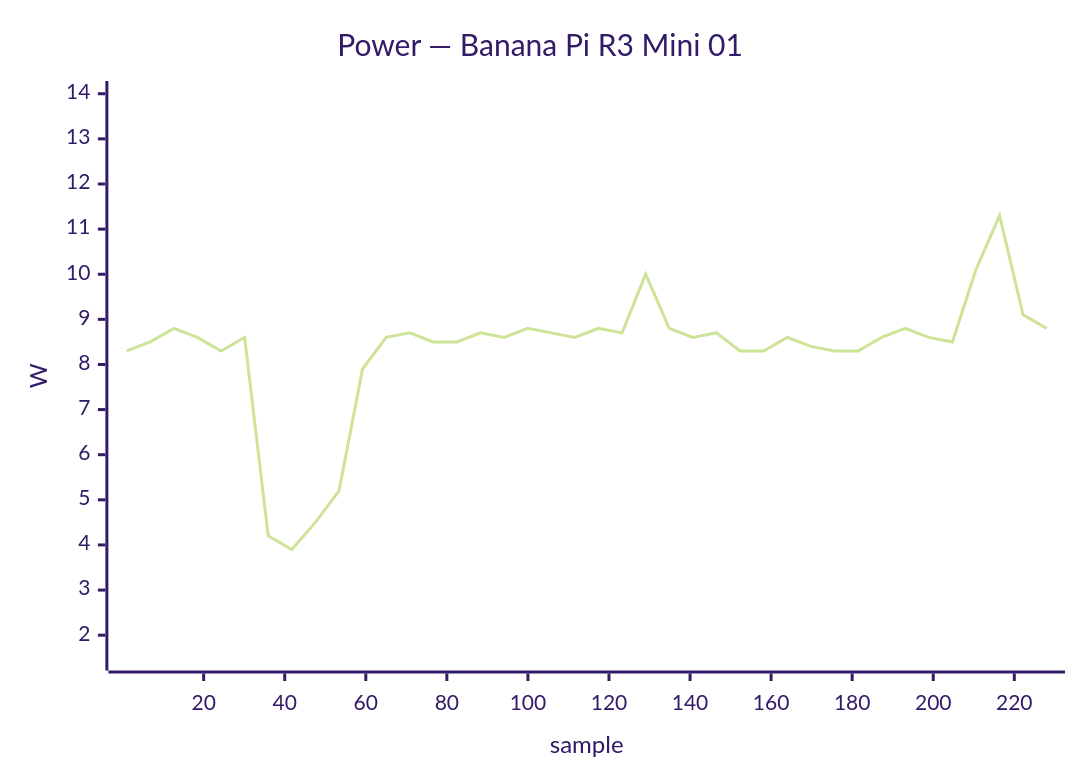
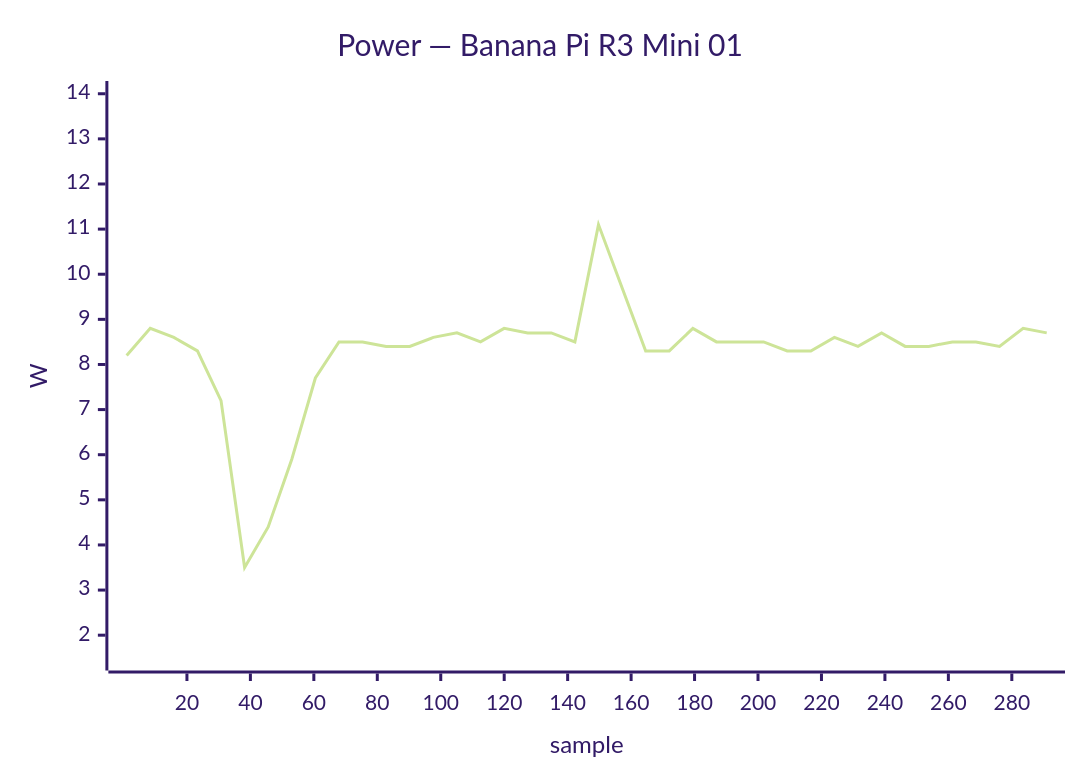
One commit to armbian/documentation changed diagram 14 of 40 in docs/status/board-tests.md. Above: the diagram before and after it, drawn with Mermaid (forest theme). The commit also changed other lines of this file, not shown here.

````diff
--- a/docs/status/board-tests.md
+++ b/docs/status/board-tests.md
@@ -377,7 +594,7 @@
 ```mermaid
 xychart-beta
     title "Power — Banana Pi R3 Mini 01"
-    x-axis "sample" 1 --> 228
+    x-axis "sample" 1 --> 291
     y-axis "W" 1.5 --> 14.0
-    line [8.3, 8.5, 8.8, 8.6, 8.3, 8.6, 4.2, 3.9, 4.5, 5.2, 7.9, 8.6, 8.7, 8.5, 8.5, 8.7, 8.6, 8.8, 8.7, 8.6, 8.8, 8.7, 10.0, 8.8, 8.6, 8.7, 8.3, 8.3, 8.6, 8.4, 8.3, 8.3, 8.6, 8.8, 8.6, 8.5, 10.1, 11.3, 9.1, 8.8]
+    line [8.2, 8.8, 8.6, 8.3, 7.2, 3.5, 4.4, 5.9, 7.7, 8.5, 8.5, 8.4, 8.4, 8.6, 8.7, 8.5, 8.8, 8.7, 8.7, 8.5, 11.1, 9.7, 8.3, 8.3, 8.8, 8.5, 8.5, 8.5, 8.3, 8.3, 8.6, 8.4, 8.7, 8.4, 8.4, 8.5, 8.5, 8.4, 8.8, 8.7]
 ```
````
